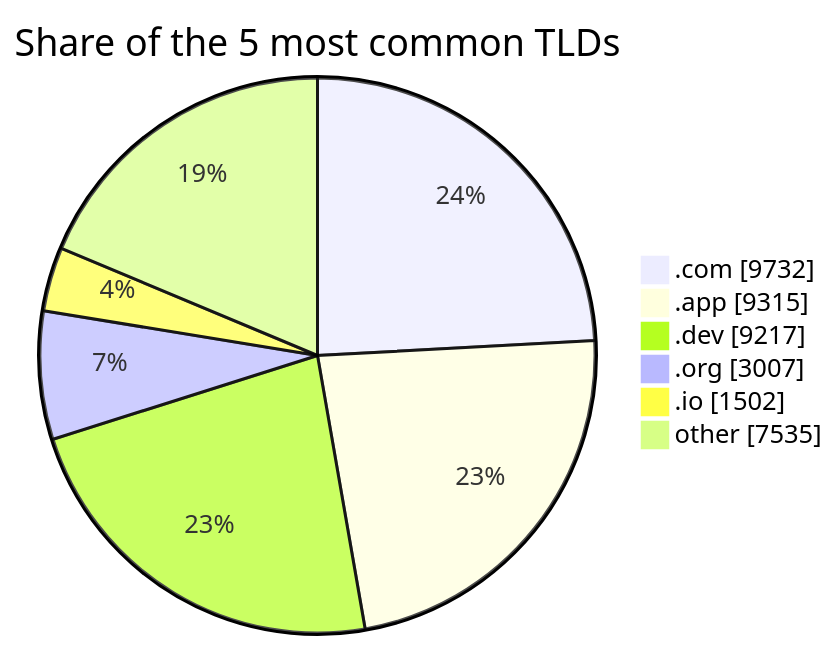
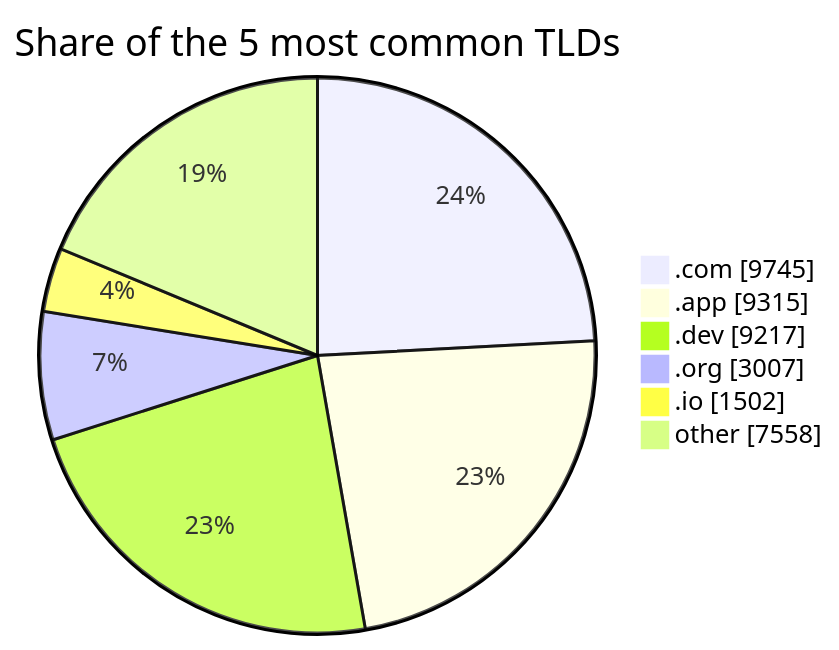
The second of 2 diagrams in README.md (DNSBunker/CTI), drawn with Mermaid before and after one commit. The commit also changed other lines of this file and 3 other files, not shown here.

````diff
--- a/README.md
+++ b/README.md
@@ -72,9 +72,9 @@
 ```mermaid
 pie showData title Share of the 5 most common TLDs
-    ".com" : 9732
+    ".com" : 9745
     ".app" : 9315
     ".dev" : 9217
     ".org" : 3007
     ".io" : 1502
-    "other" : 7535
+    "other" : 7558
 ```
````
